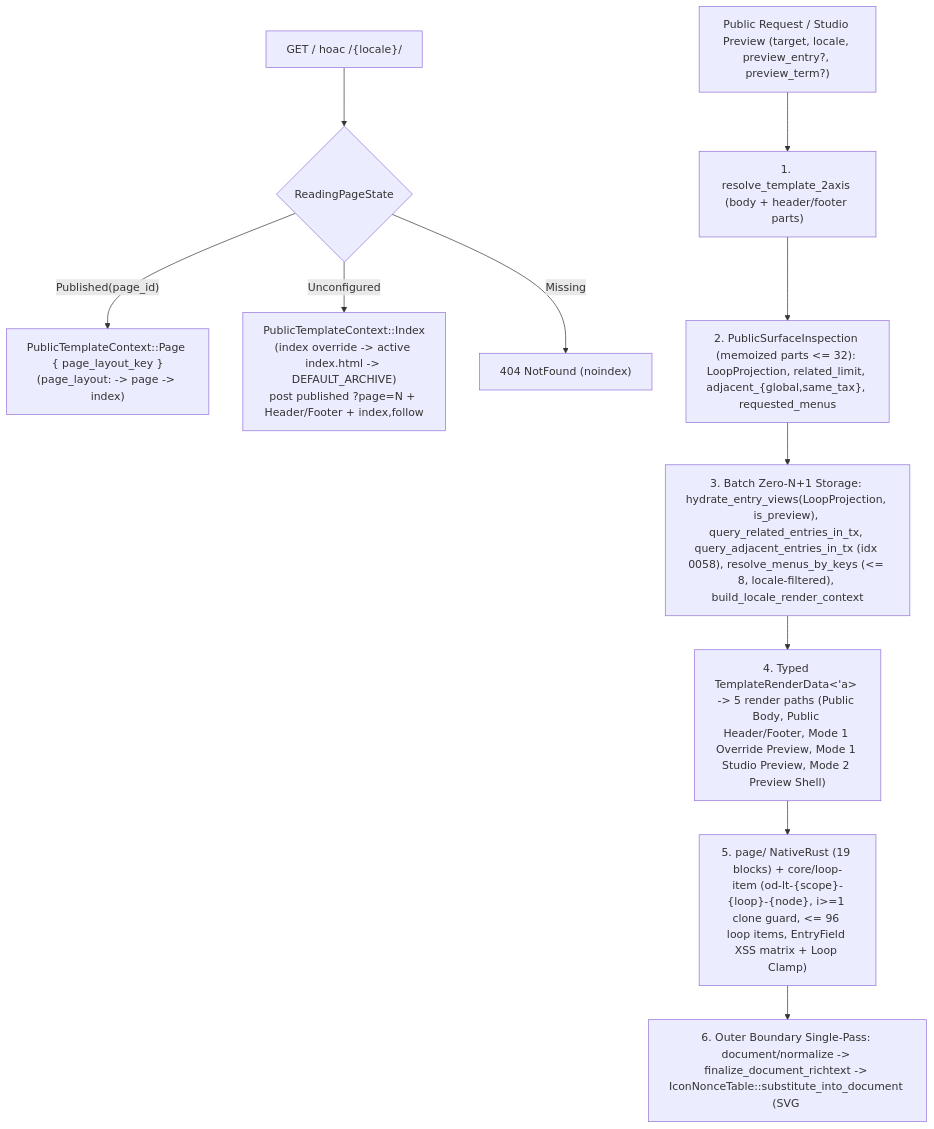
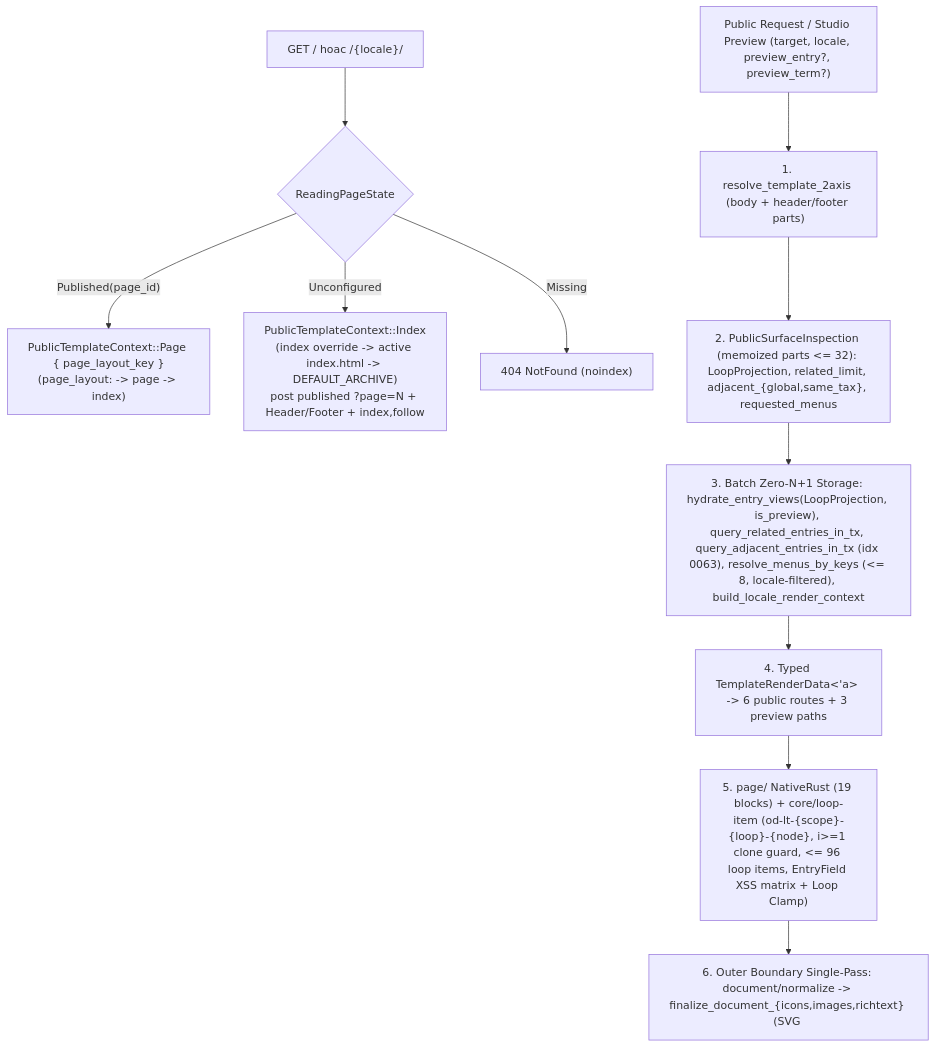
The diagram in docs/designs/studio-template-blocks-and-loop.md (thientran2359/opendash-cms), drawn with Mermaid before and after one commit. The commit also changed other lines of this file and 1 other file, not shown here.

````diff
--- a/docs/designs/studio-template-blocks-and-loop.md
+++ b/docs/designs/studio-template-blocks-and-loop.md
@@ -143,14 +141,14 @@
 ```mermaid
 flowchart TD
     HomeReq["GET / hoac /{locale}/"] --> State{"ReadingPageState"}
     State -- "Published(page_id)" --> PageChain["PublicTemplateContext::Page { page_layout_key }\n(page_layout:<key> -> page -> index)"]
     State -- "Unconfigured" --> IndexChain["PublicTemplateContext::Index\n(index override -> active index.html -> DEFAULT_ARCHIVE)\npost published ?page=N + Header/Footer + index,follow"]
     State -- "Missing" --> NotFound["404 NotFound (noindex)"]
 
     Req["Public Request / Studio Preview (target, locale, preview_entry?, preview_term?)"] --> Res["1. resolve_template_2axis (body + header/footer parts)"]
     Res --> Insp["2. PublicSurfaceInspection (memoized parts <= 32): LoopProjection, related_limit, adjacent_{global,same_tax}, requested_menus"]
-    Insp --> Load["3. Batch Zero-N+1 Storage: hydrate_entry_views(LoopProjection, is_preview), query_related_entries_in_tx, query_adjacent_entries_in_tx (idx 0058), resolve_menus_by_keys (<= 8, locale-filtered), build_locale_render_context"]
-    Load --> Data["4. Typed TemplateRenderData<'a> -> 5 render paths (Public Body, Public Header/Footer, Mode 1 Override Preview, Mode 1 Studio Preview, Mode 2 Preview Shell)"]
+    Insp --> Load["3. Batch Zero-N+1 Storage: hydrate_entry_views(LoopProjection, is_preview), query_related_entries_in_tx, query_adjacent_entries_in_tx (idx 0063), resolve_menus_by_keys (<= 8, locale-filtered), build_locale_render_context"]
+    Load --> Data["4. Typed TemplateRenderData<'a> -> 6 public routes + 3 preview paths"]
     Data --> Render["5. page/ NativeRust (19 blocks) + core/loop-item (od-lt-{scope}-{loop}-{node}, i>=1 clone guard, <= 96 loop items, EntryField XSS matrix + Loop Clamp)"]
-    Render --> Post["6. Outer Boundary Single-Pass: document/normalize -> finalize_document_richtext -> IconNonceTable::substitute_into_document (SVG <symbol> sprite <= 64 unique / <= 256 uses)"]
+    Render --> Post["6. Outer Boundary Single-Pass: document/normalize -> finalize_document_{icons,images,richtext} (SVG <symbol> sprite <= 64 unique / <= 256 uses)"]
 ```
````
